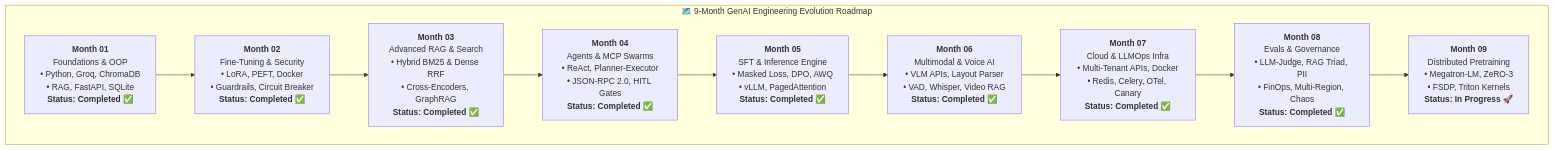
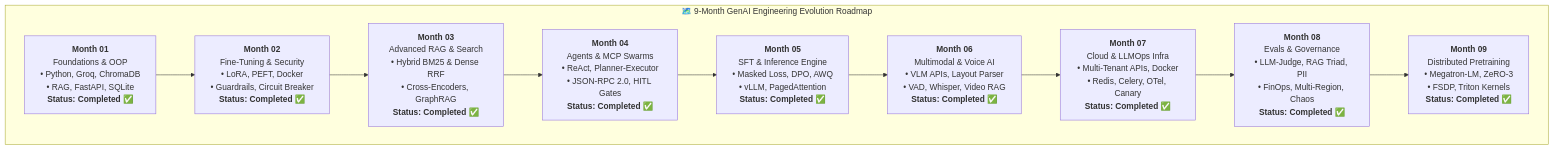
Before and after one commit to KUSHALMN/GenAI-Engineer-Roadmap: the first of 3 diagrams in README.md, drawn with Mermaid. The commit also changed other lines of this file and 11 other files, not shown here.

Commit message:
docs: complete 9-month roadmap milestone, remove Month-09 Day 21-30 stubs, and mark full curriculum complete

````diff
--- a/README.md
+++ b/README.md
@@ -34,17 +34,17 @@
 ```mermaid
 flowchart LR
     subgraph Evolution["🗺️ 9-Month GenAI Engineering Evolution Roadmap"]
         direction LR
         M1["<b>Month 01</b><br/>Foundations & OOP<br/>• Python, Groq, ChromaDB<br/>• RAG, FastAPI, SQLite<br/><b>Status: Completed ✅</b>"]
         M2["<b>Month 02</b><br/>Fine-Tuning & Security<br/>• LoRA, PEFT, Docker<br/>• Guardrails, Circuit Breaker<br/><b>Status: Completed ✅</b>"]
         M3["<b>Month 03</b><br/>Advanced RAG & Search<br/>• Hybrid BM25 & Dense RRF<br/>• Cross-Encoders, GraphRAG<br/><b>Status: Completed ✅</b>"]
         M4["<b>Month 04</b><br/>Agents & MCP Swarms<br/>• ReAct, Planner-Executor<br/>• JSON-RPC 2.0, HITL Gates<br/><b>Status: Completed ✅</b>"]
         M5["<b>Month 05</b><br/>SFT & Inference Engine<br/>• Masked Loss, DPO, AWQ<br/>• vLLM, PagedAttention<br/><b>Status: Completed ✅</b>"]
         M6["<b>Month 06</b><br/>Multimodal & Voice AI<br/>• VLM APIs, Layout Parser<br/>• VAD, Whisper, Video RAG<br/><b>Status: Completed ✅</b>"]
         M7["<b>Month 07</b><br/>Cloud & LLMOps Infra<br/>• Multi-Tenant APIs, Docker<br/>• Redis, Celery, OTel, Canary<br/><b>Status: Completed ✅</b>"]
         M8["<b>Month 08</b><br/>Evals & Governance<br/>• LLM-Judge, RAG Triad, PII<br/>• FinOps, Multi-Region, Chaos<br/><b>Status: Completed ✅</b>"]
-        M9["<b>Month 09</b><br/>Distributed Pretraining<br/>• Megatron-LM, ZeRO-3<br/>• FSDP, Triton Kernels<br/><b>Status: In Progress 🚀</b>"]
+        M9["<b>Month 09</b><br/>Distributed Pretraining<br/>• Megatron-LM, ZeRO-3<br/>• FSDP, Triton Kernels<br/><b>Status: Completed ✅</b>"]
 
         M1 --> M2 --> M3 --> M4 --> M5 --> M6 --> M7 --> M8 --> M9
     end
 ```
````
